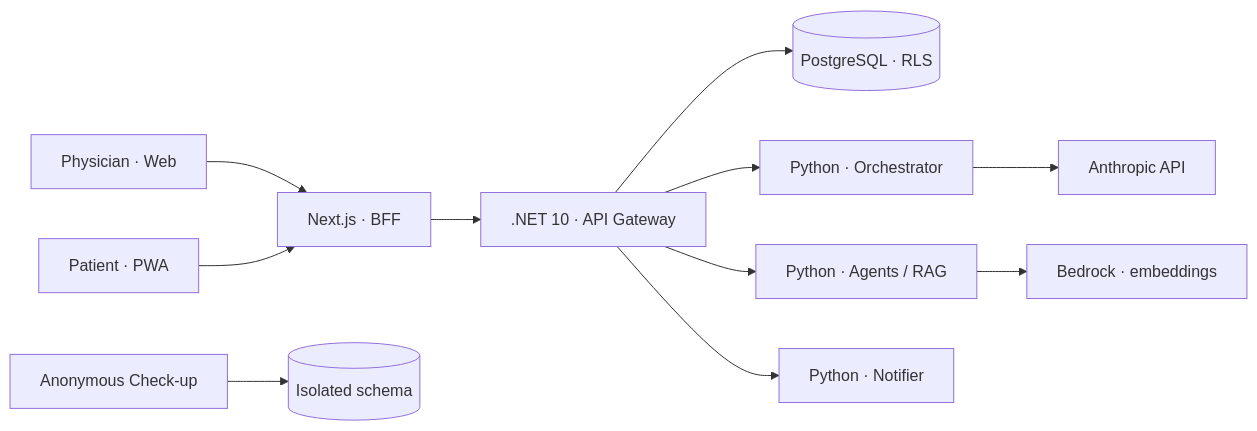
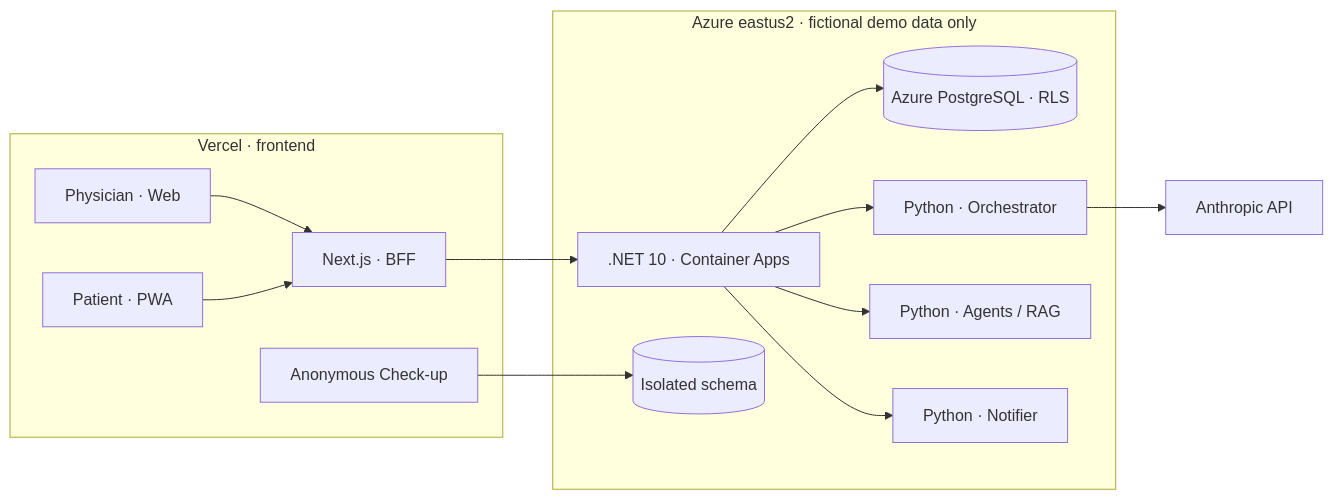
Before and after one commit to arinelliquebec/cerebro-amigo: the diagram in README.md, drawn with Mermaid. The commit also changed other lines of this file and 20 other files, not shown here.

First line of the commit message:
Alinha runtime público entre Azure e Vercel (#184)

````diff
--- a/README.md
+++ b/README.md
@@ -92,13 +104,17 @@
 ```mermaid
 flowchart LR
-    M["Physician · Web"] --> BFF["Next.js · BFF"]
-    P["Patient · PWA"] --> BFF
-    BFF --> API[".NET 10 · API Gateway"]
-    API --> DB[("PostgreSQL · RLS")]
-    API --> ORC["Python · Orchestrator"]
-    API --> AGT["Python · Agents / RAG"]
-    API --> NOT["Python · Notifier"]
+    subgraph V["Vercel · frontend"]
+      M["Physician · Web"] --> BFF["Next.js · BFF"]
+      P["Patient · PWA"] --> BFF
+      C["Anonymous Check-up"]
+    end
+    subgraph A["Azure eastus2 · fictional demo data only"]
+      BFF --> API[".NET 10 · Container Apps"]
+      API --> DB[("Azure PostgreSQL · RLS")]
+      API --> ORC["Python · Orchestrator"]
+      API --> AGT["Python · Agents / RAG"]
+      API --> NOT["Python · Notifier"]
+      C --> CDB[("Isolated schema")]
+    end
     ORC --> LLM["Anthropic API"]
-    AGT --> EMB["Bedrock · embeddings"]
-    C["Anonymous Check-up"] --> CDB[("Isolated schema")]
 ```
````
